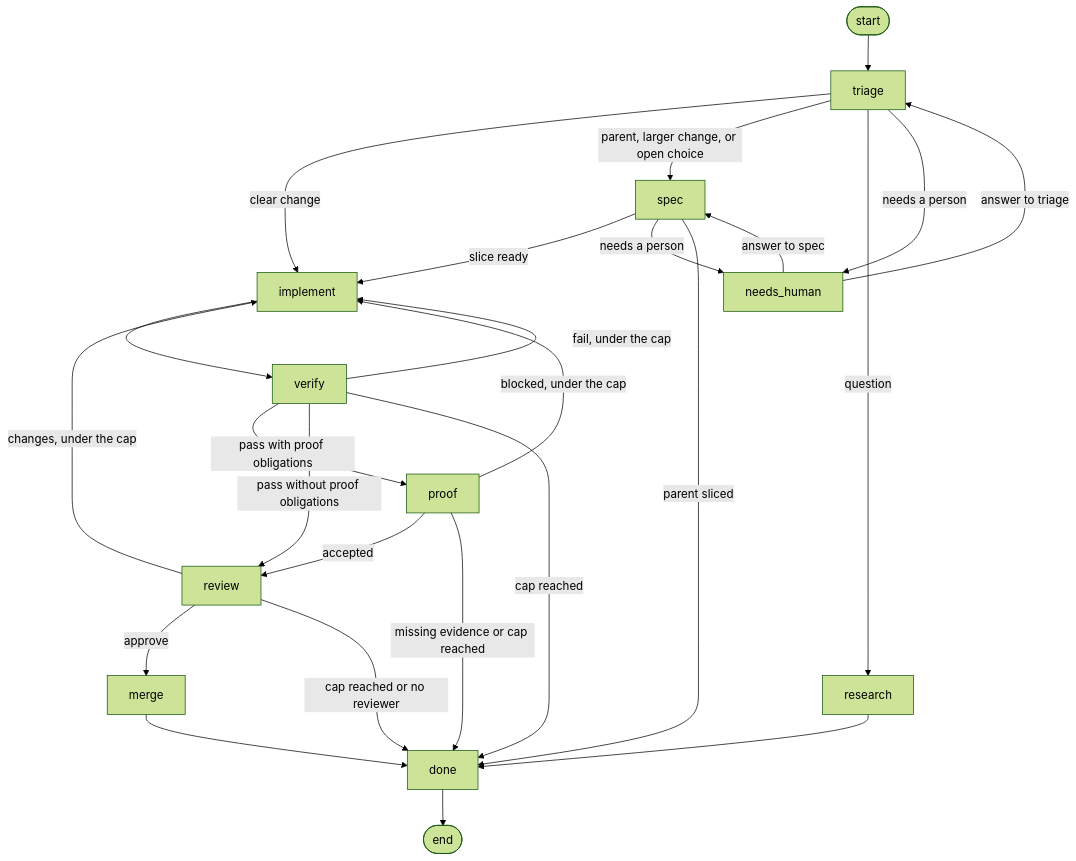
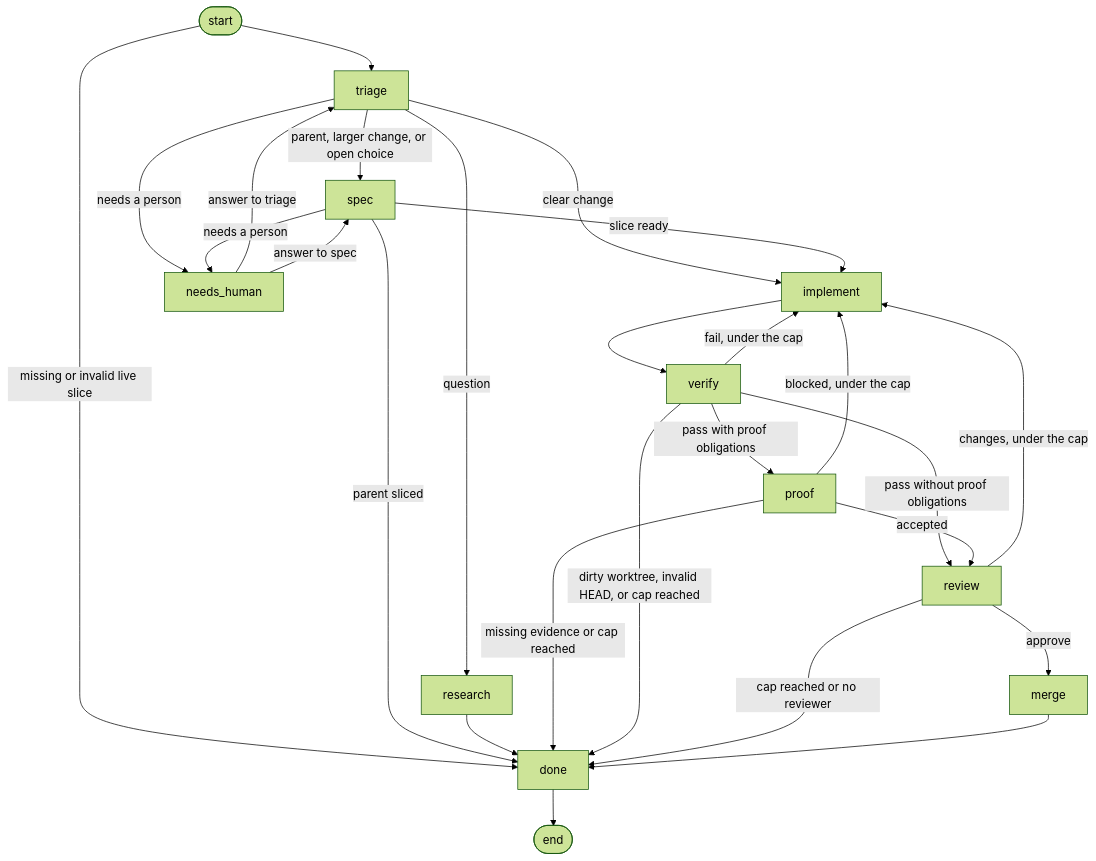
One commit to bookout-labs/tools changed the diagram in README.md. Above: the diagram before and after it, drawn with Mermaid (forest theme). The commit also changed other lines of this file and 6 other files, not shown here.

Commit message:
Guard live slice delivery

````diff
--- a/README.md
+++ b/README.md
@@ -9,27 +9,28 @@
 ```mermaid
 flowchart TD
   __start__([start]) --> triage
+  __start__ -->|missing or invalid live slice| done
   triage -->|clear change| implement
   triage -->|parent, larger change, or open choice| spec
   triage -->|question| research
   triage -->|needs a person| needs_human
   needs_human -->|answer to triage| triage
   needs_human -->|answer to spec| spec
   spec -->|slice ready| implement
   spec -->|needs a person| needs_human
   spec -->|parent sliced| done
   research --> done
   implement --> verify
   verify -->|pass with proof obligations| proof
   verify -->|pass without proof obligations| review
   proof -->|accepted| review
   proof -->|blocked, under the cap| implement
   proof -->|missing evidence or cap reached| done
   verify -->|fail, under the cap| implement
-  verify -->|cap reached| done
+  verify -->|dirty worktree, invalid HEAD, or cap reached| done
   review -->|approve| merge
   review -->|changes, under the cap| implement
   review -->|cap reached or no reviewer| done
   merge --> done
   done --> __end__([end])
 ```
````
